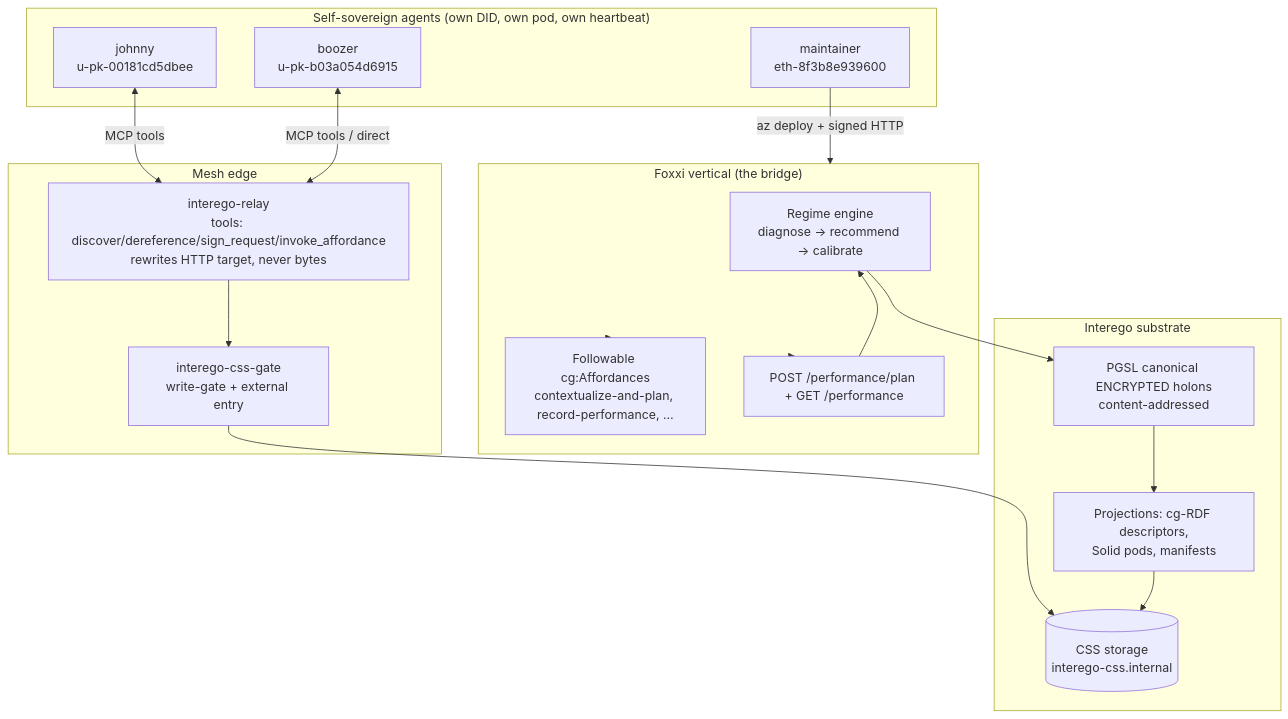
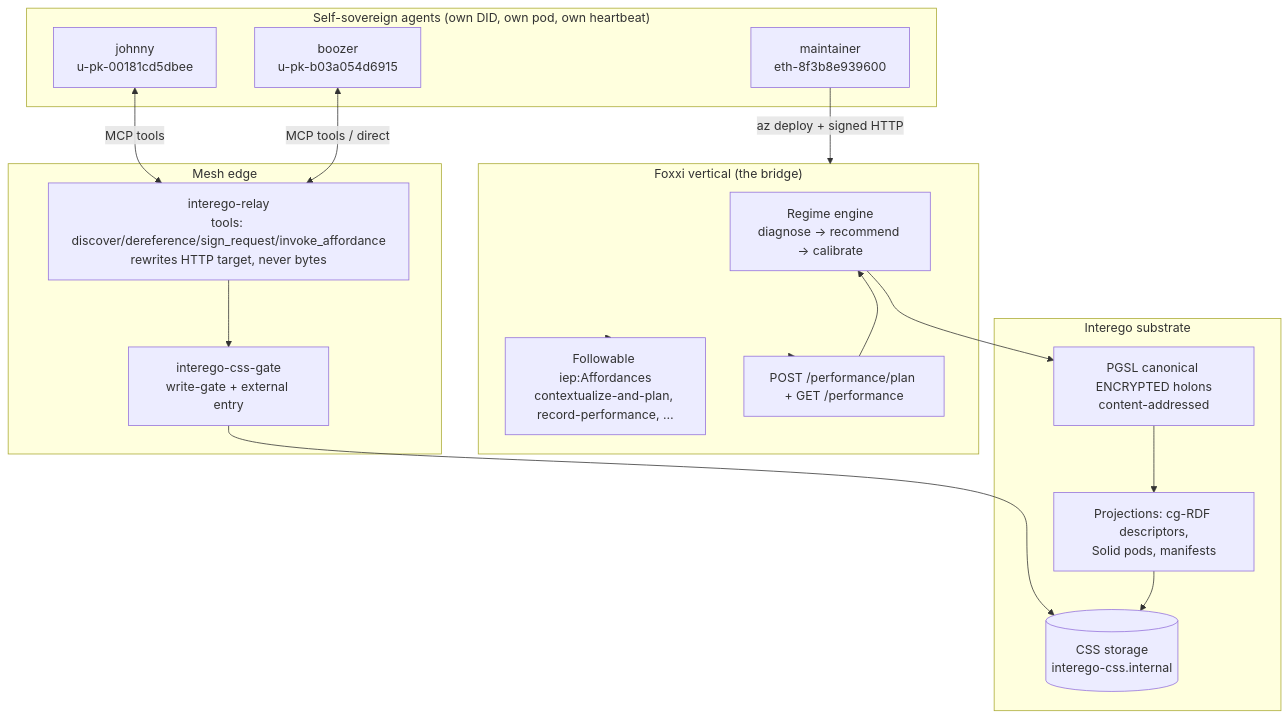
One commit to markjspivey-xwisee/interego changed the first of 8 diagrams in ENGAGEMENT-REPORT.md. Above: the diagram before and after it, drawn with Mermaid. The commit also changed other lines of this file and 454 other files, not shown here.

````diff
--- a/ENGAGEMENT-REPORT.md
+++ b/ENGAGEMENT-REPORT.md
@@ -46,35 +46,35 @@
 ```mermaid
 graph TD
   subgraph Agents["Self-sovereign agents (own DID, own pod, own heartbeat)"]
     M[maintainer<br/>eth-8f3b8e939600]
     J[johnny<br/>u-pk-00181cd5dbee]
     B[boozer<br/>u-pk-b03a054d6915]
   end
 
   subgraph Edge["Mesh edge"]
     RELAY[interego-relay<br/>tools: discover/dereference/sign_request/invoke_affordance<br/>rewrites HTTP target, never bytes]
     GATE[interego-css-gate<br/>write-gate + external entry]
   end
 
   subgraph Foxxi["Foxxi vertical (the bridge)"]
     REG[Regime engine<br/>diagnose → recommend → calibrate]
-    AFF[Followable cg:Affordances<br/>contextualize-and-plan, record-performance, …]
+    AFF[Followable iep:Affordances<br/>contextualize-and-plan, record-performance, …]
     PERF[POST /performance/plan + GET /performance]
   end
 
   subgraph Interego["Interego substrate"]
     PGSL[PGSL canonical ENCRYPTED holons<br/>content-addressed]
     PROJ[Projections: cg-RDF descriptors,<br/>Solid pods, manifests]
     CSS[(CSS storage<br/>interego-css.internal)]
   end
 
   J <-->|MCP tools| RELAY
   B <-->|MCP tools / direct| RELAY
   M -->|az deploy + signed HTTP| Foxxi
   RELAY --> GATE
   GATE --> CSS
   Foxxi --> PERF --> REG
   Foxxi --> AFF
   REG --> PGSL
   PGSL --> PROJ --> CSS
 ```
````
